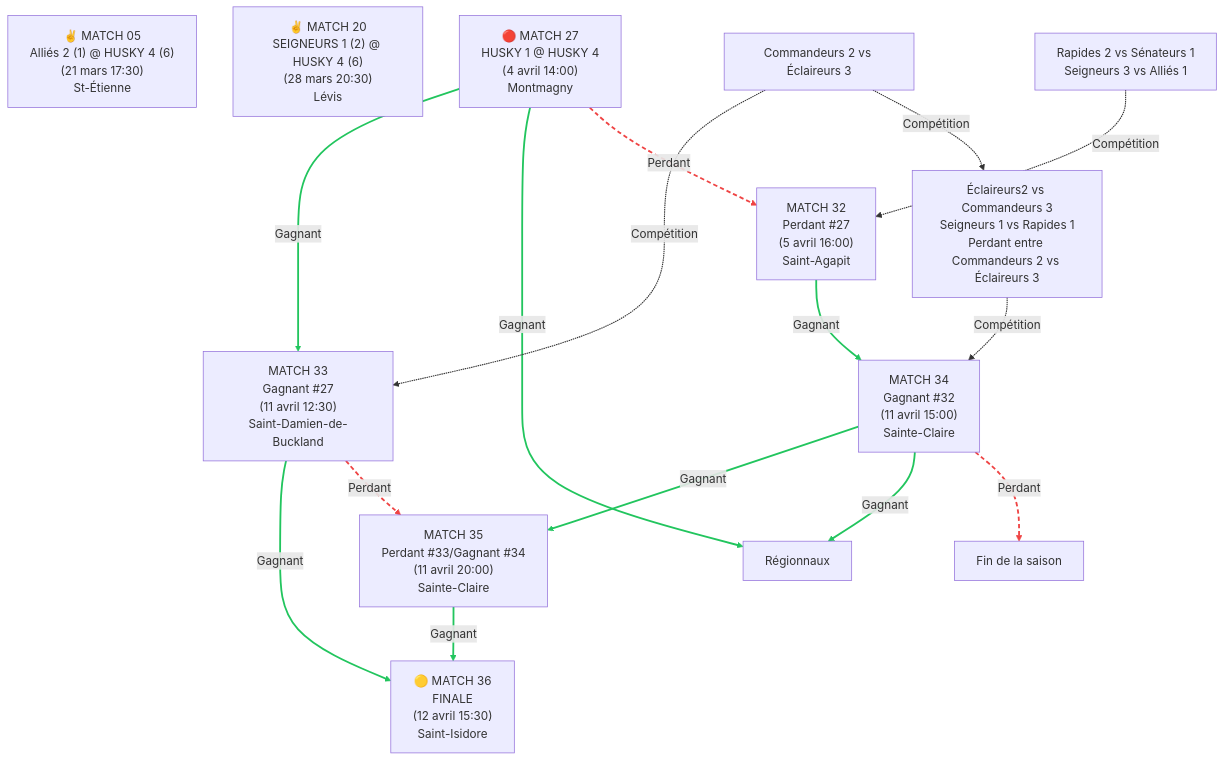
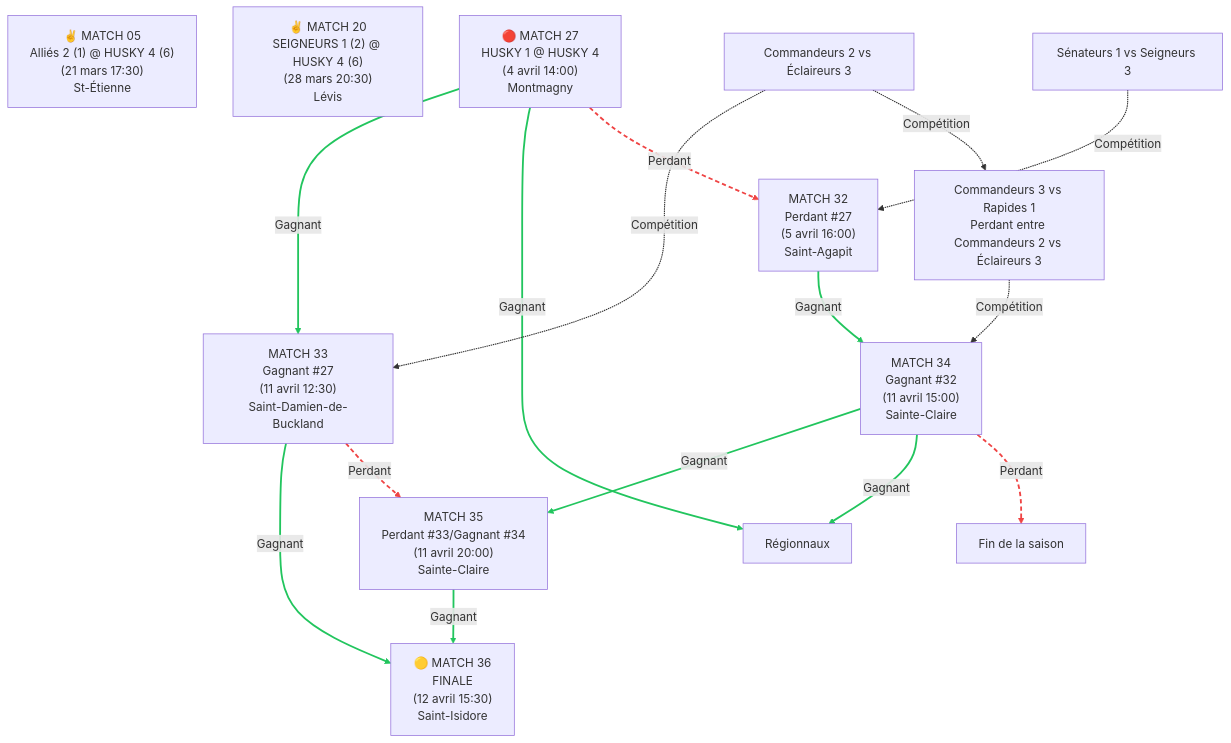
Before and after one commit to voltogyre/horaire-serie-2026: the first of 2 diagrams in Xavier.md, drawn with Mermaid.

````diff
--- a/Xavier.md
+++ b/Xavier.md
@@ -7,31 +7,31 @@
 ```mermaid
 graph TD
     M18B05["✌️ MATCH 05<br/>Alliés 2 (1) @ HUSKY 4 (6)<br/>(21 mars 17:30)<br/>St-Étienne"]
     M18B20["✌️ MATCH 20<br/>SEIGNEURS 1 (2) @ HUSKY 4 (6)<br/>(28 mars 20:30)<br/>Lévis"] 
-    M18B30[Rapides 2 vs Sénateurs 1<br/>Seigneurs 3 vs Alliés 1]
-    M18B31[Éclaireurs2 vs Commandeurs 3<br/>Seigneurs 1 vs Rapides 1<br/>Perdant entre Commandeurs 2 vs Éclaireurs 3]
+    M18B30[Sénateurs 1 vs Seigneurs 3]
+    M18B31[Commandeurs 3 vs Rapides 1<br/>Perdant entre Commandeurs 2 vs Éclaireurs 3]
     M18B28[Commandeurs 2 vs Éclaireurs 3]
    
     M18B27["🔴 MATCH 27<br/>HUSKY 1 @ HUSKY 4<br/>(4 avril 14:00)<br/>Montmagny"]
     M18B27 -->|Gagnant| M18B33["MATCH 33<br/>Gagnant #27<br/>(11 avril 12:30)<br/>Saint-Damien-de-Buckland"]
     M18B33 -->|Gagnant| M18B36["🟡 MATCH 36<br/>FINALE<br/>(12 avril 15:30)<br/>Saint-Isidore"]
     M18B32 -->|Gagnant| M18B34["MATCH 34<br/>Gagnant #32<br/>(11 avril 15:00)<br/>Sainte-Claire"]
     M18B34 -->|Gagnant| M18B35["MATCH 35<br/>Perdant #33/Gagnant #34<br/>(11 avril 20:00)<br/>Sainte-Claire"]
     M18B35 -->|Gagnant| M18B36
     M18B27 -->|Gagnant| W["Régionnaux"]
     M18B34 -->|Gagnant| W
     M18B27 -->|Perdant| M18B32["MATCH 32<br/>Perdant #27<br/>(5 avril 16:00)<br/>Saint-Agapit"]
     M18B33 -->|Perdant| M18B35
     M18B34 -->|Perdant| K["Fin de la saison"]
     M18B30 -->|Compétition| M18B32
     M18B31 -->|Compétition| M18B34
     M18B28 -->|Compétition| M18B33
     M18B28 -->|Compétition| M18B31
     
     linkStyle 0,1,2,3,4,5,6 stroke:#22c55e,stroke-width:2.5px
     linkStyle 7,8,9 stroke:#ef4444,stroke-width:2.5px,stroke-dasharray:6 4
     linkStyle 10,11,12,13 stroke:##1b75be,stroke-width:1.5px,stroke-dasharray: 2 1
     
 
 
 ```
````
